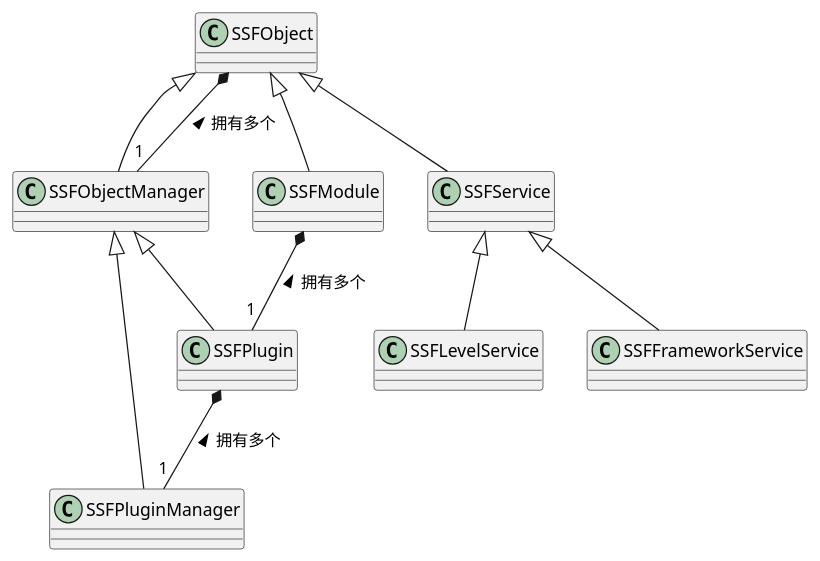
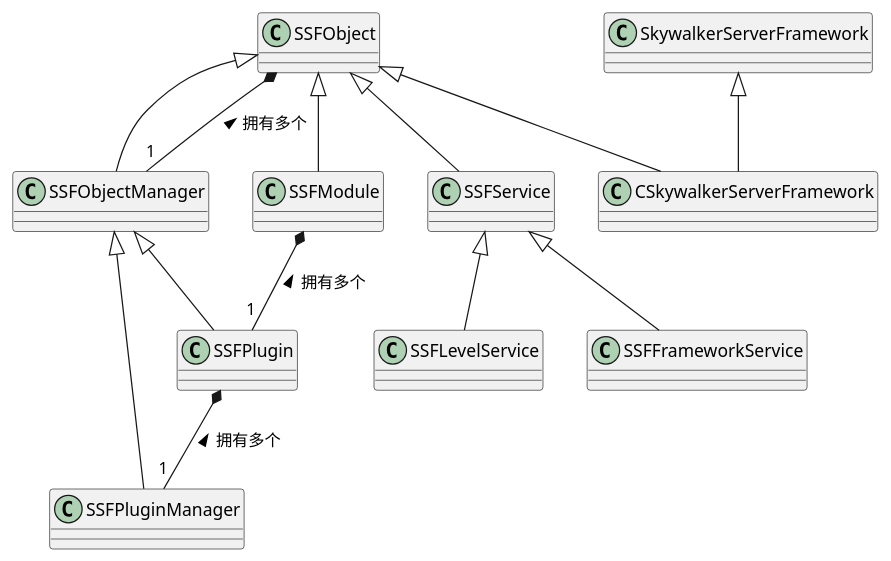
Before and after one commit to xcyh410713847/SkywalkerGameServer: the diagram in SkywalkerServerFramework/SkywalkerServerFramework.plantuml, drawn with PlantUML. The commit also changed 1 other file, not shown here.

```diff
--- a/SkywalkerServerFramework/SkywalkerServerFramework.plantuml
+++ b/SkywalkerServerFramework/SkywalkerServerFramework.plantuml
@@ -1,59 +1,70 @@
 @startuml SkywalkerServerFramework
 
 class SSFObject
 {
 }
 
 '继承自 SSFObject
+SSFObject <|-- CSkywalkerServerFramework
 SSFObject <|-- SSFObjectManager
 SSFObject <|-- SSFModule
 SSFObject <|-- SSFService
+
+class SkywalkerServerFramework
+{
+}
+
+SkywalkerServerFramework <|-- CSkywalkerServerFramework
+class CSkywalkerServerFramework
+{
+}
+
 class SSFObjectManager
 {
 
 }
 
 ' SSFObject 与 SSFObjectManager
 SSFObject *-- "1" SSFObjectManager : "拥有多个 <"
 
 class SSFModule
 {
 
 }
 
 ' SSFModule 与 SSFPlugin
 SSFModule *-- "1" SSFPlugin : "拥有多个 <"
 
 class SSFService
 {
 
 }
 
 '继承自 SSFObjectManager
 SSFObjectManager <|-- SSFPlugin
 SSFObjectManager <|-- SSFPluginManager
 class SSFPlugin
 {
 
 }
 
 class SSFPluginManager
 {
 
 }
 
 ' SSFPlugin 与 SSFPluginManager
 SSFPlugin *-- "1" SSFPluginManager : "拥有多个 <"
 
 '继承自 SSFOService
 SSFService <|-- SSFFrameworkService
 SSFService <|-- SSFLevelService
 class SSFFrameworkService
 {
 }
 
 class SSFLevelService
 {
 }
 
 @enduml
```
